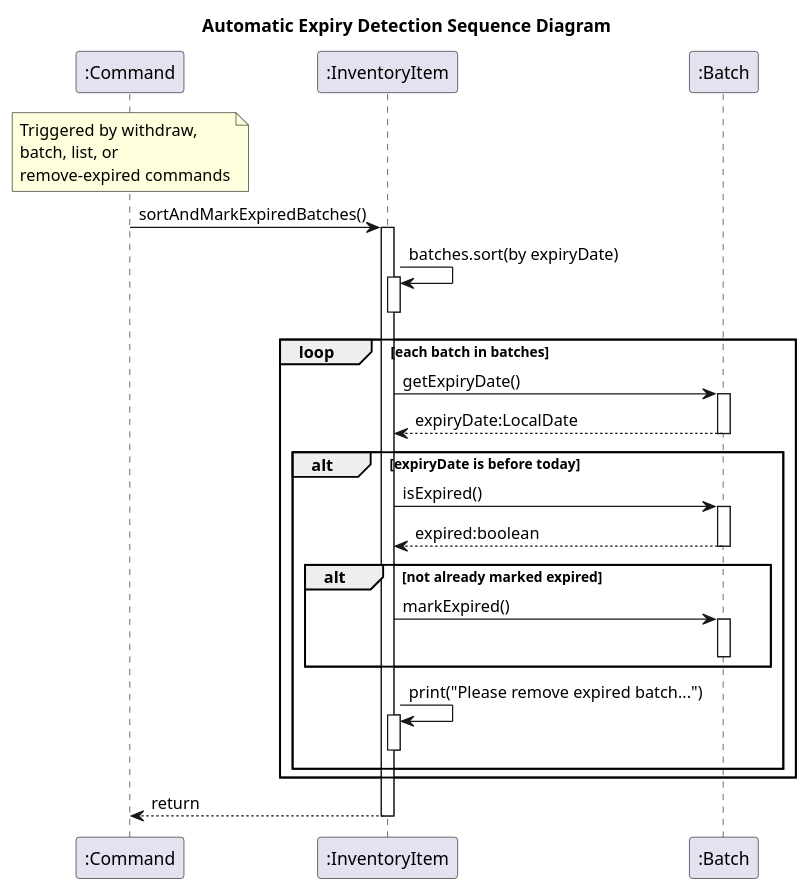
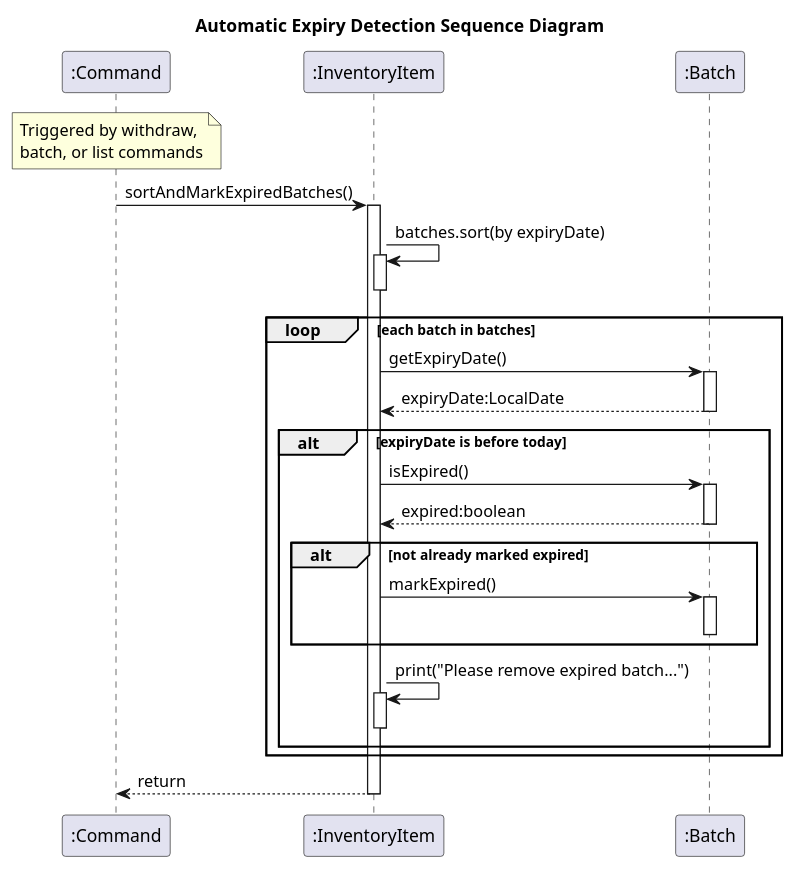
One commit to AY2526S2-CS2113-T05-2/tp changed the diagram in docs/uml/AutomaticExpiryDetectionSequenceDiagram.puml. Above: the diagram before and after it, drawn with PlantUML. The commit also changed 6 other files, not shown here.

```diff
--- a/docs/uml/AutomaticExpiryDetectionSequenceDiagram.puml
+++ b/docs/uml/AutomaticExpiryDetectionSequenceDiagram.puml
@@ -1,44 +1,44 @@
 @startuml
 title Automatic Expiry Detection Sequence Diagram
 
 participant ":Command" as Cmd
 participant ":InventoryItem" as Item
 participant ":Batch" as Batch
 
-note over Cmd : Triggered by withdraw,\nbatch, list, or\nremove-expired commands
+note over Cmd : Triggered by withdraw,\nbatch, or list commands
 
 Cmd -> Item : sortAndMarkExpiredBatches()
 activate Item
 
 Item -> Item : batches.sort(by expiryDate)
 activate Item
 deactivate Item
 
 loop each batch in batches
     Item -> Batch : getExpiryDate()
     activate Batch
     Batch --> Item : expiryDate:LocalDate
     deactivate Batch
 
     alt expiryDate is before today
         Item -> Batch : isExpired()
         activate Batch
         Batch --> Item : expired:boolean
         deactivate Batch
 
         alt not already marked expired
             Item -> Batch : markExpired()
             activate Batch
             deactivate Batch
         end
 
         Item -> Item : print("Please remove expired batch...")
         activate Item
         deactivate Item
     end
 end
 
 Item --> Cmd : return
 deactivate Item
 
 @enduml
```
